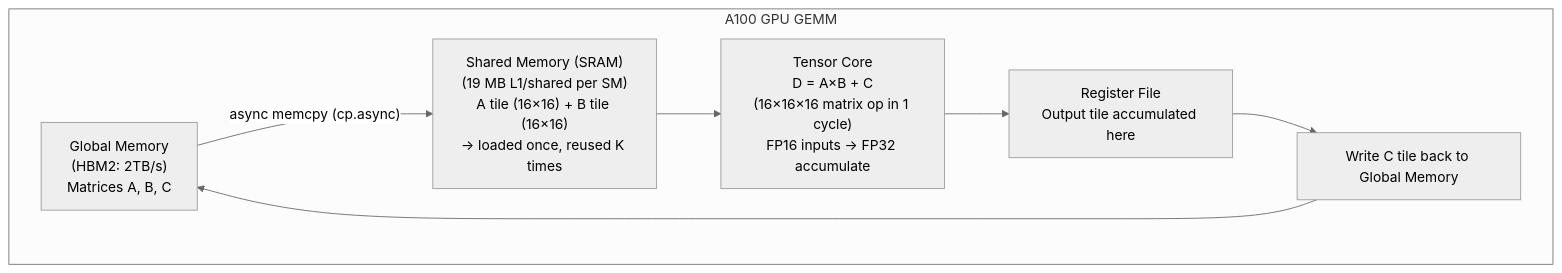
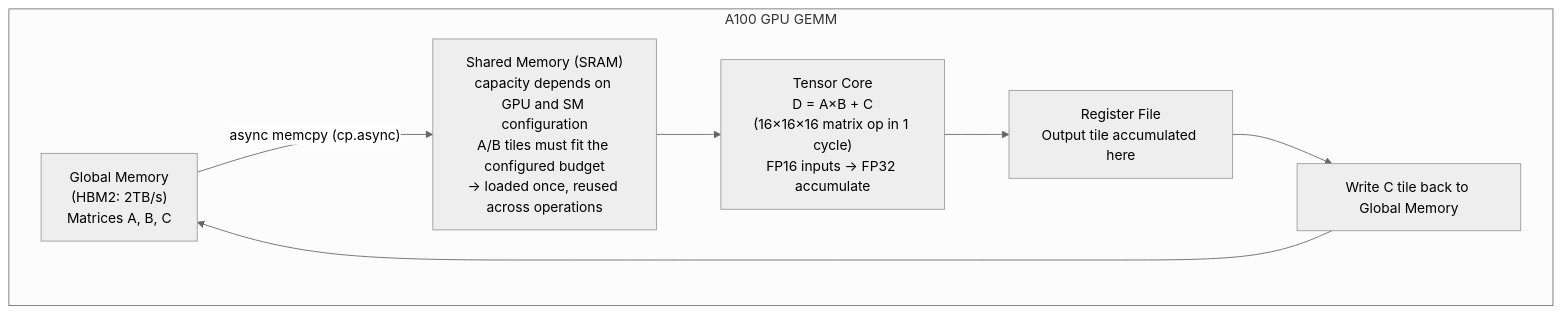
One commit to choisimo/document changed the second of 24 diagrams in content/docs/books/cs-reference/ko/ml-ai-internals.md. Above: the diagram before and after it, drawn with Mermaid (neutral theme). The commit also changed other lines of this file and 504 other files, not shown here.

````diff
--- a/content/docs/books/cs-reference/ko/ml-ai-internals.md
+++ b/content/docs/books/cs-reference/ko/ml-ai-internals.md
@@ -34,12 +36,12 @@
 ```mermaid
 flowchart TD
     subgraph "A100 GPU GEMM"
         Global["Global Memory\n(HBM2: 2TB/s)\nMatrices A, B, C"]
-        Shared["Shared Memory (SRAM)\n(19 MB L1/shared per SM)\nA tile (16×16) + B tile (16×16)\n→ loaded once, reused K times"]
+        Shared["Shared Memory (SRAM)\ncapacity depends on GPU and SM configuration\nA/B tiles must fit the configured budget\n→ loaded once, reused across operations"]
         TensorCore["Tensor Core\nD = A×B + C\n(16×16×16 matrix op in 1 cycle)\nFP16 inputs → FP32 accumulate"]
         Registers["Register File\nOutput tile accumulated here"]
         WriteBack["Write C tile back to Global Memory"]
     end
     Global -->|"async memcpy (cp.async)"| Shared
     Shared --> TensorCore --> Registers --> WriteBack --> Global
 ```
````
